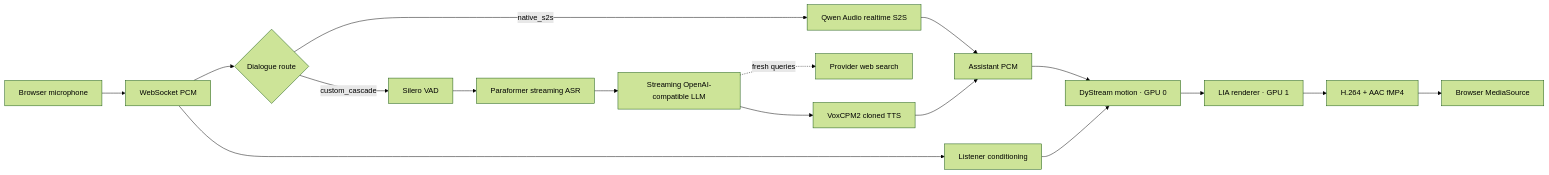
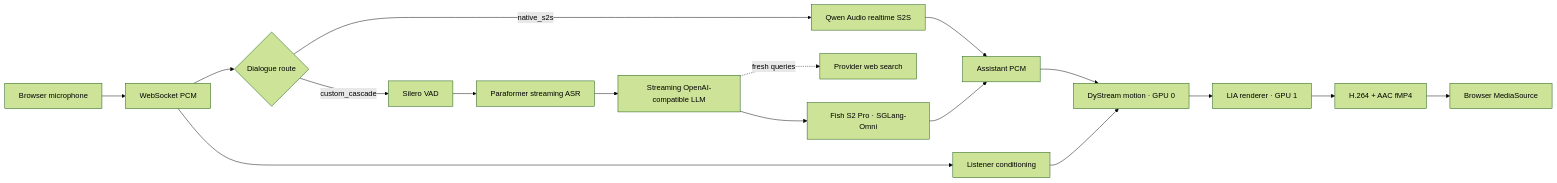
The diagram in README.md (XinchengSun/OpenVA-Dialogue), drawn with Mermaid (forest theme) before and after one commit. The commit also changed other lines of this file and 30 other files, not shown here.

Commit message:
feat: make Fish S2 Pro the primary TTS

````diff
--- a/README.md
+++ b/README.md
@@ -34,21 +31,21 @@
 ```mermaid
 flowchart LR
     MIC["Browser microphone"] --> WS["WebSocket PCM"]
     WS --> ROUTE{"Dialogue route"}
 
     ROUTE -->|native_s2s| S2S["Qwen Audio realtime S2S"]
     ROUTE -->|custom_cascade| VAD["Silero VAD"]
     VAD --> ASR["Paraformer streaming ASR"]
     ASR --> LLM["Streaming OpenAI-compatible LLM"]
     LLM -. fresh queries .-> SEARCH["Provider web search"]
-    LLM --> TTS["VoxCPM2 cloned TTS"]
+    LLM --> TTS["Fish S2 Pro · SGLang-Omni"]
 
     S2S --> PCM["Assistant PCM"]
     TTS --> PCM
     PCM --> MOTION["DyStream motion · GPU 0"]
     WS --> LISTENER["Listener conditioning"]
     LISTENER --> MOTION
     MOTION --> RENDER["LIA renderer · GPU 1"]
     RENDER --> MUX["H.264 + AAC fMP4"]
     MUX --> MSE["Browser MediaSource"]
 ```
````
